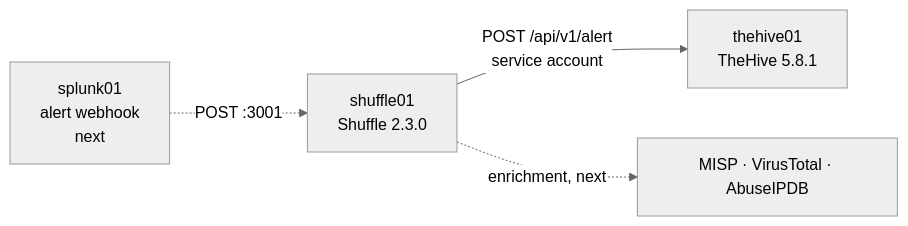
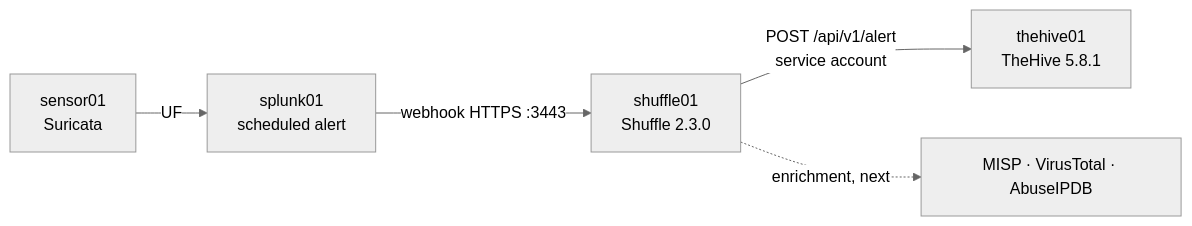
The diagram in build-log/16-shuffle.md (caleb57912/SOC-Homelab), drawn with Mermaid (neutral theme) before and after one commit. The commit also changed other lines of this file and 10 other files, not shown here.

Commit message:
3.2 Shuffle (WIP): Splunk alert to Shuffle webhook to TheHive alert working end to end, four issues traced

````diff
--- a/build-log/16-shuffle.md
+++ b/build-log/16-shuffle.md
@@ -5,6 +5,7 @@
 ```mermaid
 flowchart LR
-    SPL[splunk01<br/>alert webhook<br/>next] -.->|POST :3001| SH[shuffle01<br/>Shuffle 2.3.0]
+    SEN[sensor01<br/>Suricata] -->|UF| SPL[splunk01<br/>scheduled alert]
+    SPL -->|webhook HTTPS :3443| SH[shuffle01<br/>Shuffle 2.3.0]
     SH -->|POST /api/v1/alert<br/>service account| TH[thehive01<br/>TheHive 5.8.1]
     SH -.->|enrichment, next| EN[MISP · VirusTotal · AbuseIPDB]
 ```
````
